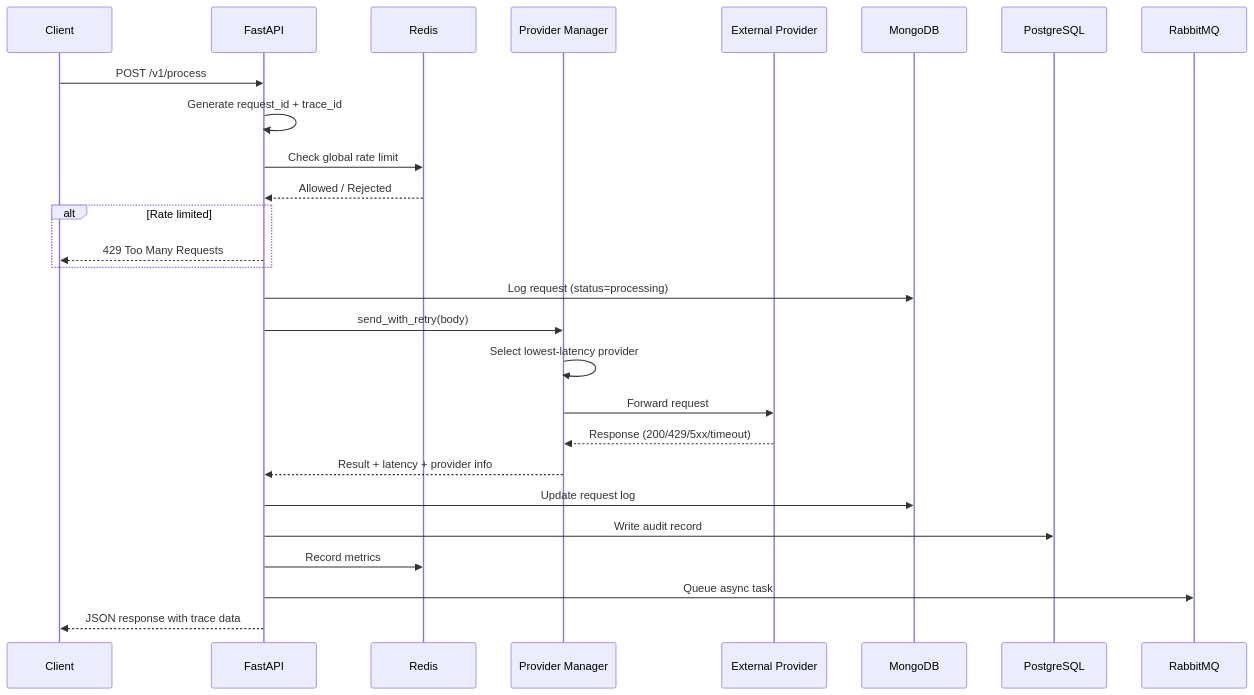
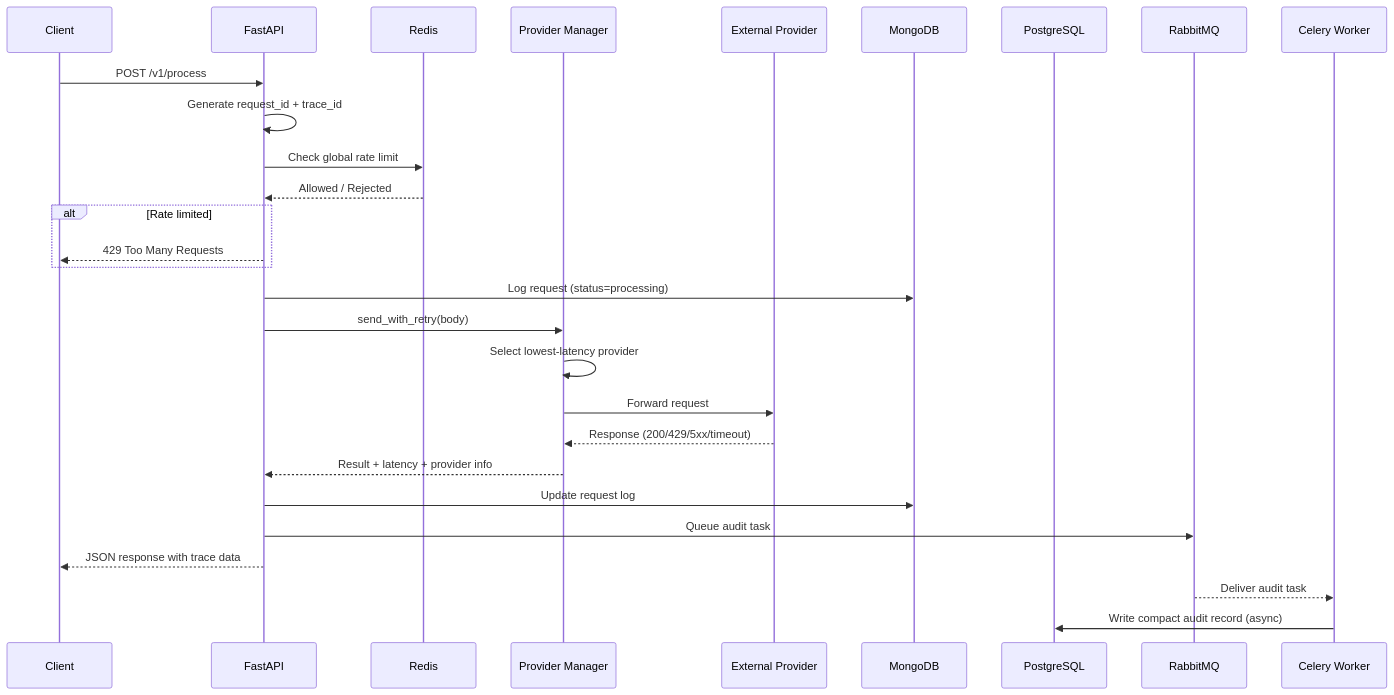
The second of 2 diagrams in README.md (alisoltanics/proxy-service-fastapi), drawn with Mermaid before and after one commit. The commit also changed other lines of this file, not shown here.

Commit message:
docs: reflect compact async audit log architecture

````diff
--- a/README.md
+++ b/README.md
@@ -56,30 +56,31 @@
 ```mermaid
 sequenceDiagram
     participant C as Client
     participant A as FastAPI
     participant R as Redis
     participant P as Provider Manager
     participant E as External Provider
     participant M as MongoDB
     participant PG as PostgreSQL
     participant Q as RabbitMQ
+    participant W as Celery Worker
 
     C->>A: POST /v1/process
     A->>A: Generate request_id + trace_id
     A->>R: Check global rate limit
     R-->>A: Allowed / Rejected
     alt Rate limited
         A-->>C: 429 Too Many Requests
     end
     A->>M: Log request (status=processing)
     A->>P: send_with_retry(body)
     P->>P: Select lowest-latency provider
     P->>E: Forward request
     E-->>P: Response (200/429/5xx/timeout)
     P-->>A: Result + latency + provider info
     A->>M: Update request log
-    A->>PG: Write audit record
-    A->>R: Record metrics
-    A->>Q: Queue async task
+    A->>Q: Queue audit task
     A-->>C: JSON response with trace data
+    Q-->>W: Deliver audit task
+    W->>PG: Write compact audit record (async)
 ```
````
